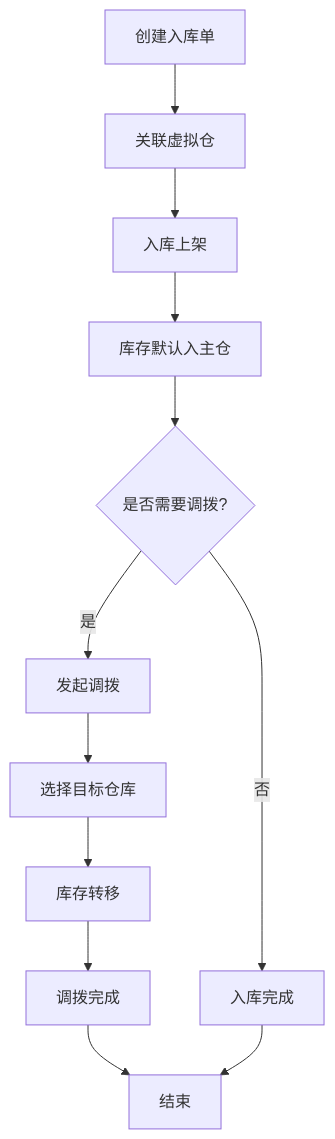
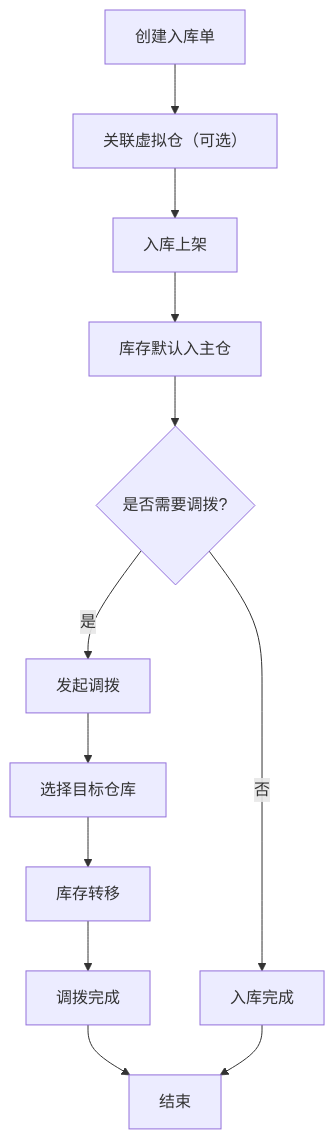
Before and after one commit to 1191232345/Axure_ELSA: the second of 5 diagrams in 虚拟仓/prd.md, drawn with Mermaid.

Commit message:
docs: 将虚拟仓关联步骤标记为可选
修改流程图中的虚拟仓关联步骤，明确标注该操作为可选步骤，以更准确地反映业务流程

````diff
--- a/虚拟仓/prd.md
+++ b/虚拟仓/prd.md
@@ -61,14 +61,14 @@
 ```mermaid
 graph TD
-    A["创建入库单"] --> B["关联虚拟仓"]
+    A["创建入库单"] --> B["关联虚拟仓（可选）"]
     B --> C["入库上架"]
     C --> D["库存默认入主仓"]
     D --> E{"是否需要调拨?"}
     E -->|"是"| F["发起调拨"]
     E -->|"否"| G["入库完成"]
     F --> H["选择目标仓库"]
     H --> I["库存转移"]
     I --> J["调拨完成"]
     J --> k["结束"]
     G --> k["结束"]
 ```
````
